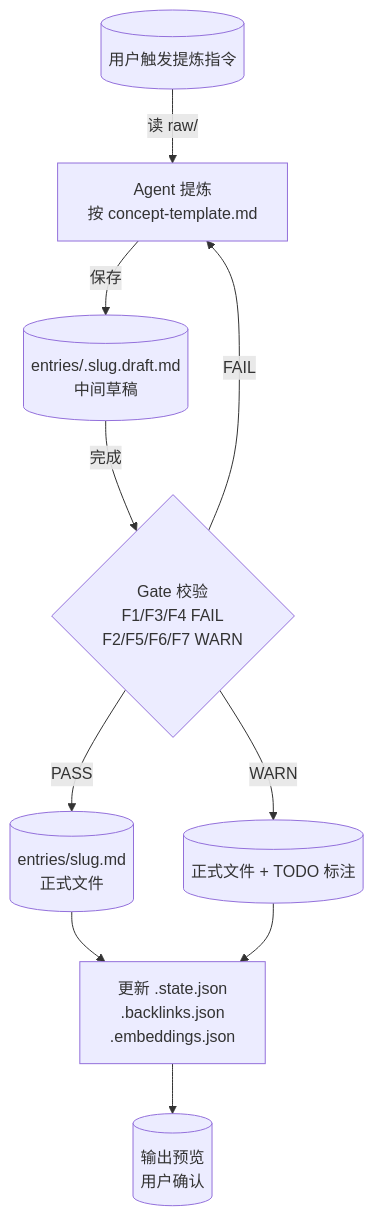
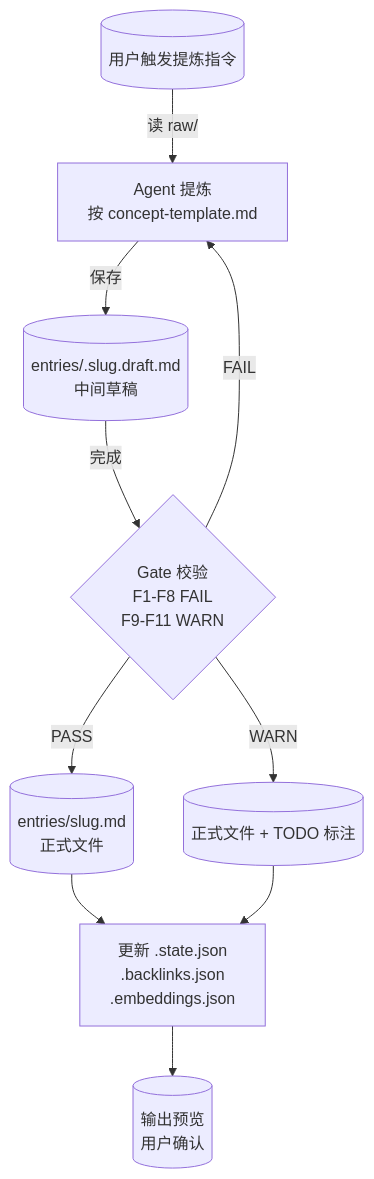
The third of 5 diagrams in specs/design.md (stardust-yao/ai-practice-knowledge), drawn with Mermaid before and after one commit. The commit also changed other lines of this file and 1 other file, not shown here.

Commit message:
fix(specs): 全部 8 个 frontmatter 字段增加 Gate 检查 (F1-F11, 6 FAIL + 5 WARN)

````diff
--- a/specs/design.md
+++ b/specs/design.md
@@ -120,12 +120,12 @@
 ```mermaid
 flowchart TD
     U[("用户触发提炼指令")] -->|读 raw/| AI["Agent 提炼<br/>按 concept-template.md"]
     AI -->|保存| DRAFT[("entries/.slug.draft.md<br/>中间草稿")]
-    DRAFT -->|完成| GATE{"Gate 校验<br/>F1/F3/F4 FAIL<br/>F2/F5/F6/F7 WARN"}
+    DRAFT -->|完成| GATE{"Gate 校验<br/>F1-F8 FAIL<br/>F9-F11 WARN"}
     GATE -->|PASS| ENTRY[("entries/slug.md<br/>正式文件")]
     GATE -->|WARN| ENTRY2[("正式文件 + TODO 标注")]
     GATE -->|FAIL| AI
     ENTRY --> UPDATE["更新 .state.json<br/>.backlinks.json<br/>.embeddings.json"]
     ENTRY2 --> UPDATE
     UPDATE --> PREVIEW[("输出预览<br/>用户确认")]
 ```
````
